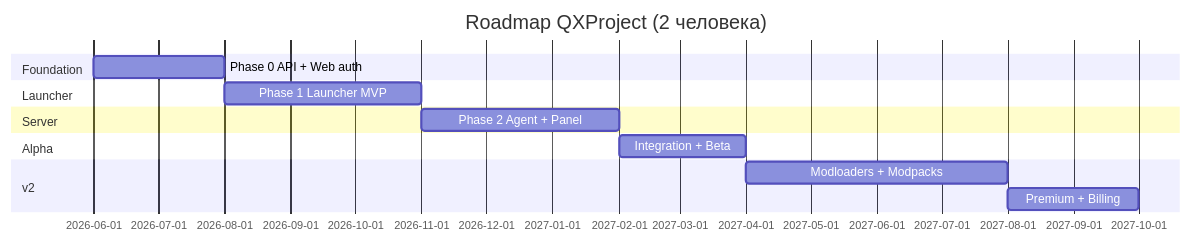
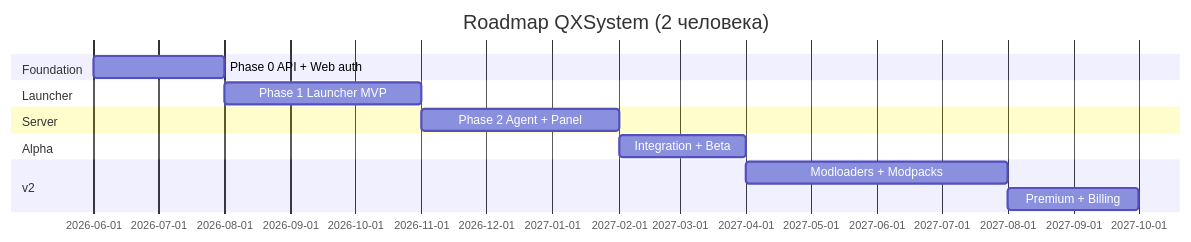
One commit to mindevis/qx-project changed diagram 15 of 16 in docs/architecture.md. Above: the diagram before and after it, drawn with Mermaid. The commit also changed other lines of this file and 259 other files, not shown here.

````diff
--- a/docs/architecture.md
+++ b/docs/architecture.md
@@ -1363,16 +1363,16 @@
 ```mermaid
 gantt
-    title Roadmap QXProject (2 человека)
+    title Roadmap QXSystem (2 человека)
     dateFormat YYYY-MM
     section Foundation
     Phase 0 API + Web auth     :p0, 2026-06, 2M
     section Launcher
     Phase 1 Launcher MVP       :p1, after p0, 3M
     section Server
     Phase 2 Agent + Panel      :p2, after p1, 3M
     section Alpha
     Integration + Beta           :alpha, after p2, 2M
     section v2
     Modloaders + Modpacks        :p3, after alpha, 4M
     Premium + Billing            :p4, after p3, 2M
 ```
````
